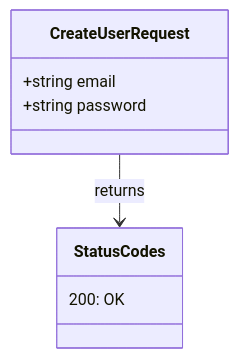
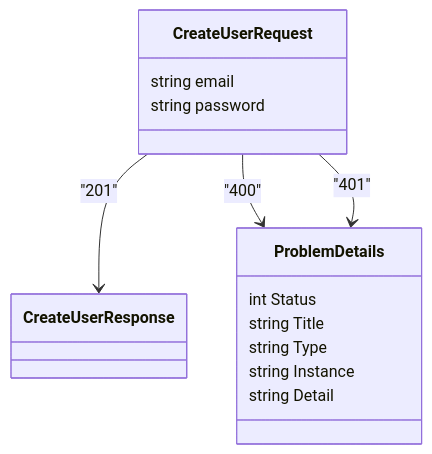
The diagram in documentation/json_contracts/user_contracts/create_user.md (JKMN-Projects/ripple_sync_backend), drawn with Mermaid before and after one commit.

Commit message:
Added problemdetails example

````diff
--- a/documentation/json_contracts/user_contracts/create_user.md
+++ b/documentation/json_contracts/user_contracts/create_user.md
@@ -1,14 +1,22 @@
 ``` mermaid
 classDiagram
     class CreateUserRequest {
-        +string email
-        +string password
+        string email
+        string password
     }
 
-    class StatusCodes {
-        200: OK
-        
+    class CreateUserResponse {
     }
 
-    CreateUserRequest --> StatusCodes : returns
+    class ProblemDetails {
+        int Status
+        string Title
+        string Type
+        string Instance
+        string Detail
+    }
+
+    CreateUserRequest --> CreateUserResponse : "201"
+    CreateUserRequest --> ProblemDetails : "400"
+    CreateUserRequest --> ProblemDetails : "401"
 ```
````
